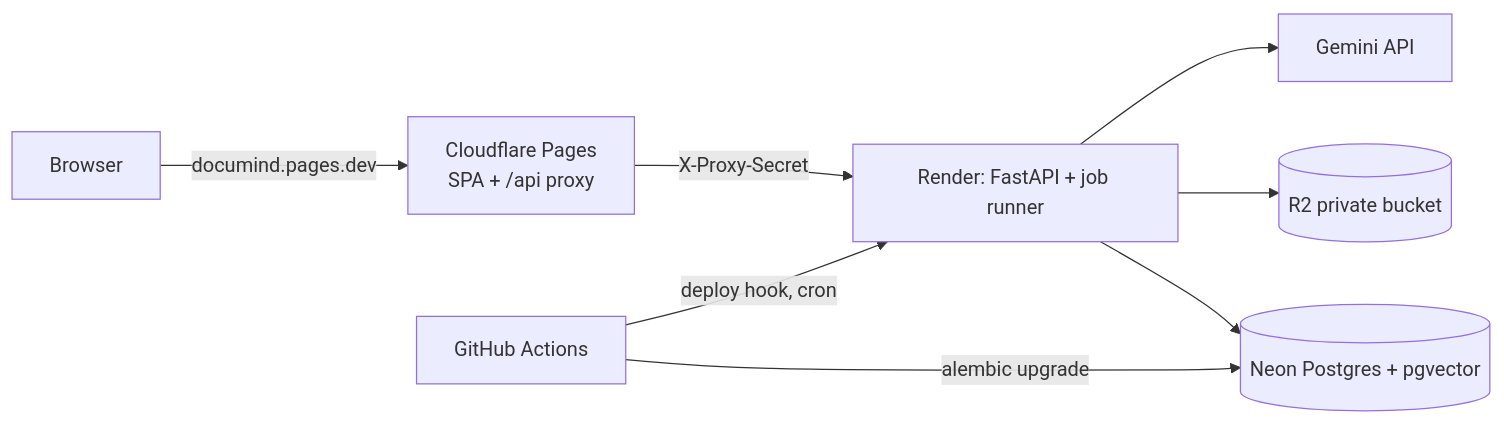
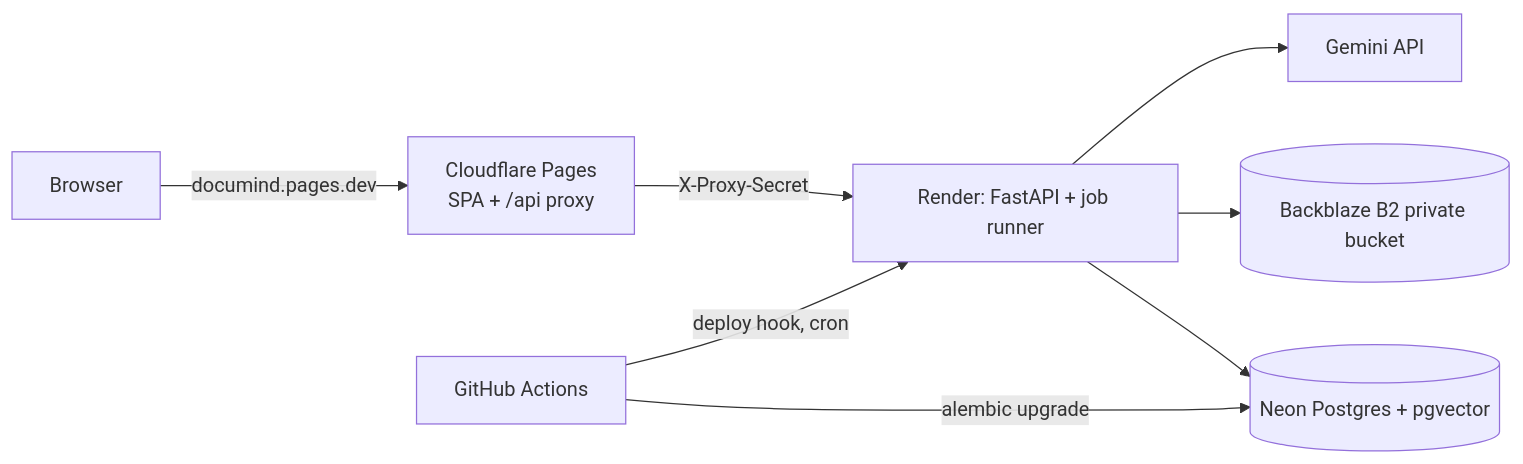
The diagram in docs/DEPLOY.md (Janny0222/documind), drawn with Mermaid before and after one commit. The commit also changed other lines of this file and 10 other files, not shown here.

````diff
--- a/docs/DEPLOY.md
+++ b/docs/DEPLOY.md
@@ -14,10 +14,10 @@
 ```mermaid
 flowchart LR
   B[Browser] -->|documind.pages.dev| P[Cloudflare Pages<br/>SPA + /api proxy]
   P -->|X-Proxy-Secret| R[Render: FastAPI + job runner]
   R --> N[(Neon Postgres + pgvector)]
-  R --> S[(R2 private bucket)]
+  R --> S[(Backblaze B2 private bucket)]
   R --> G[Gemini API]
   GH[GitHub Actions] -->|alembic upgrade| N
   GH -->|deploy hook, cron| R
 ```
````
